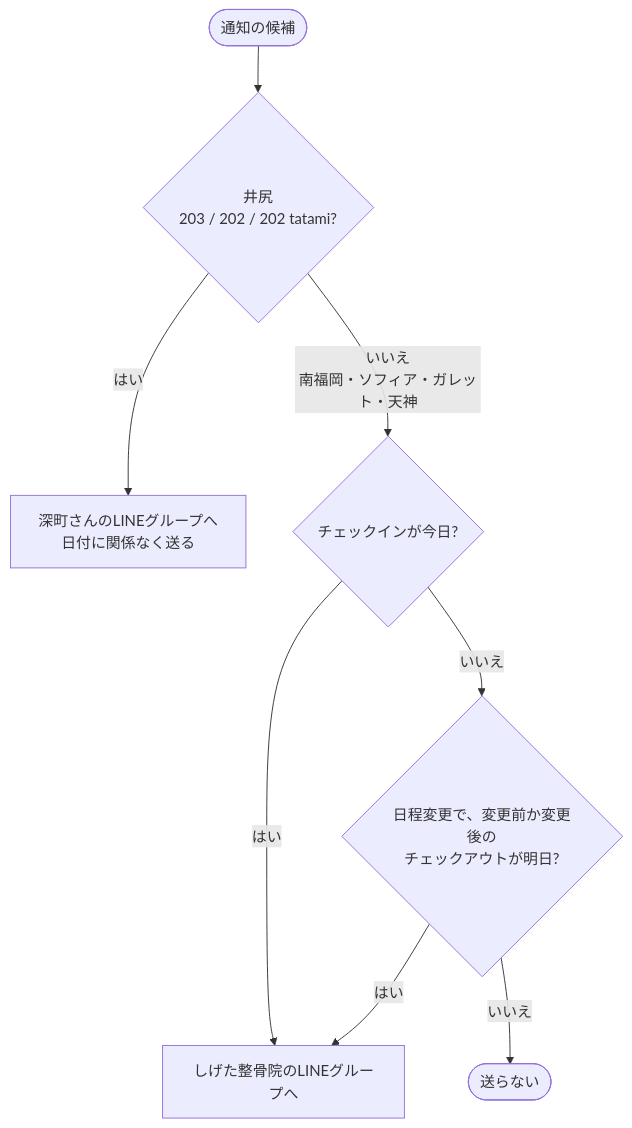
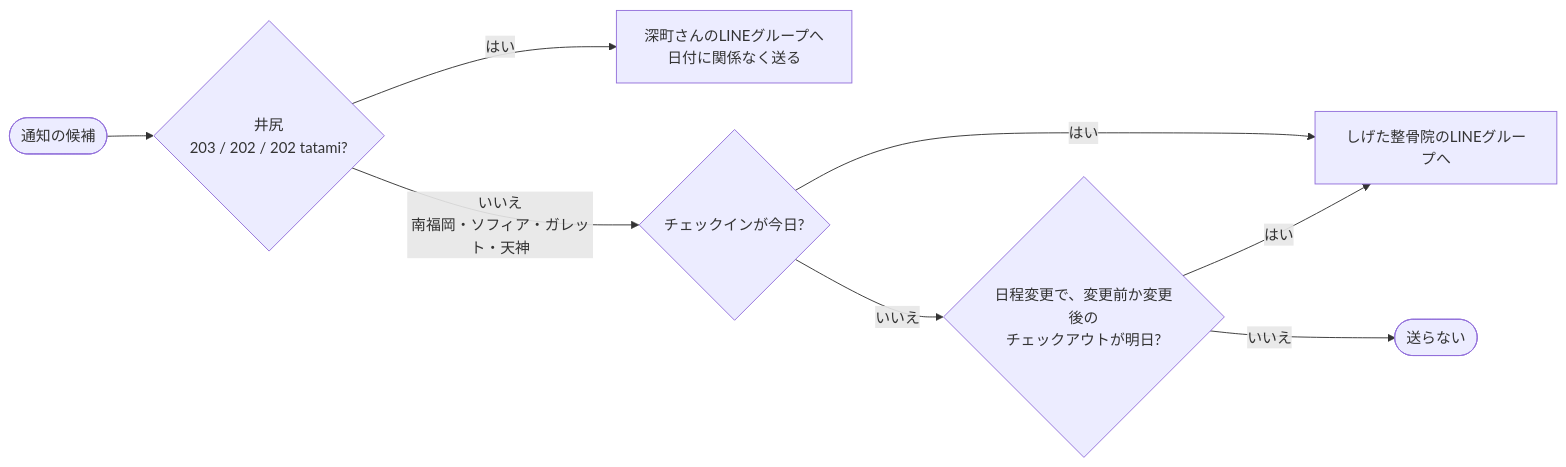
Before and after one commit to ichika4561/minpaku-reservation-notifier: the fourth of 4 diagrams in REQUIREMENTS.md, drawn with Mermaid. The commit also changed other lines of this file, not shown here.

Commit message:
docs: フロー図を4つの小さな図に分割（GitHub表示で切れないように）

````diff
--- a/REQUIREMENTS.md
+++ b/REQUIREMENTS.md
@@ -82,10 +95,10 @@
 ```mermaid
-flowchart TD
+flowchart LR
     A([通知の候補]) --> I{井尻<br/>203 / 202 / 202 tatami?}
     I -- はい --> FUKA[深町さんのLINEグループへ<br/>日付に関係なく送る]
     I -- いいえ<br/>南福岡・ソフィア・ガレット・天神 --> T{チェックインが今日?}
     T -- はい --> SHIGE[しげた整骨院のLINEグループへ]
     T -- いいえ --> K{日程変更で、変更前か変更後の<br/>チェックアウトが明日?}
     K -- はい --> SHIGE
     K -- いいえ --> NONE([送らない])
 ```
````
